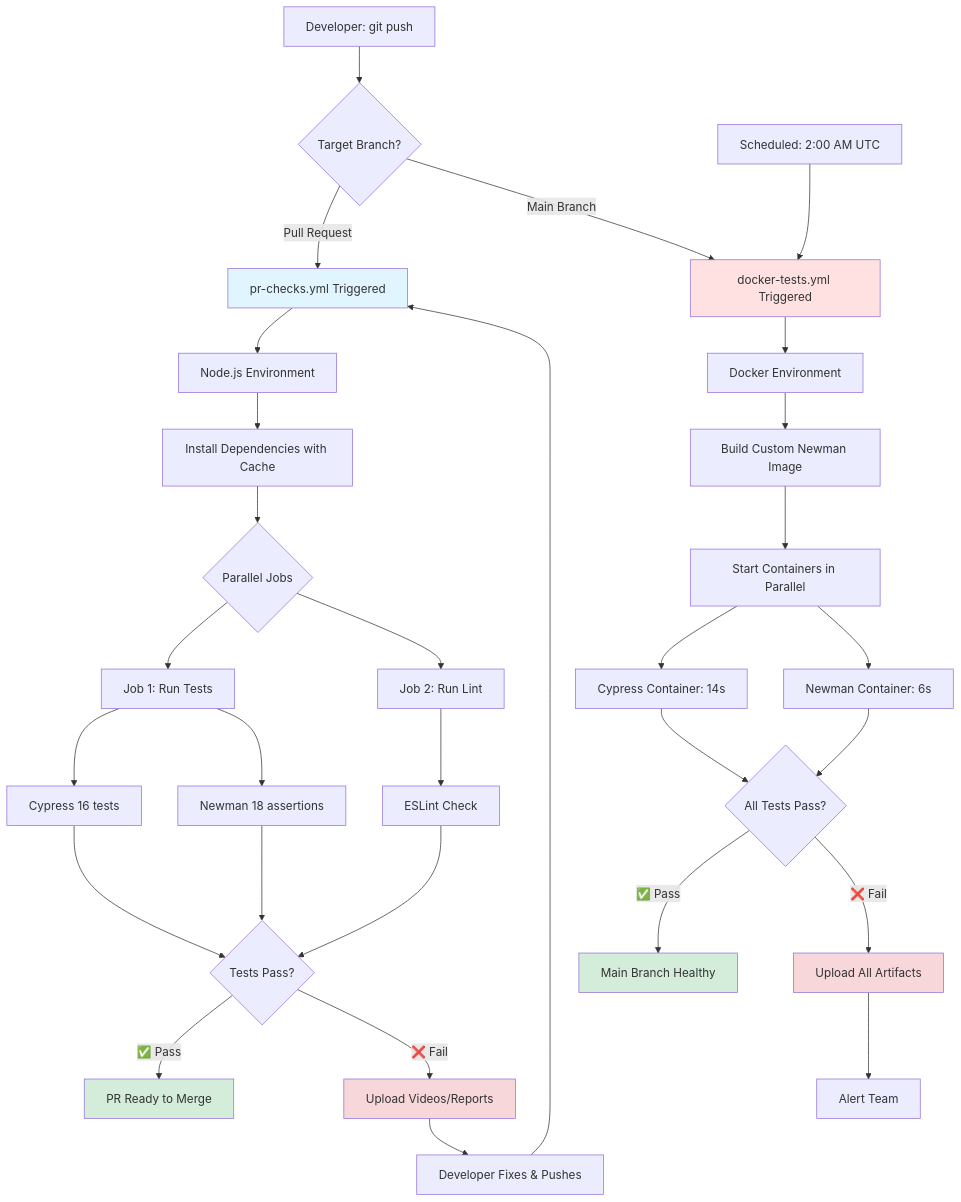
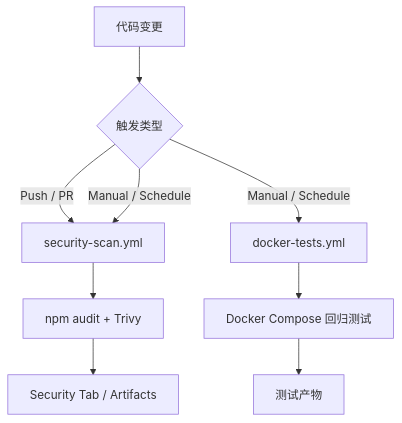
The diagram in cicd-demo/docs/guides/CI-CD-GUIDE.md (zhoujuxi2028/michael-zhou-qa-portfolio), drawn with Mermaid before and after one commit. The commit also changed other lines of this file and 27 other files, not shown here.

````diff
--- a/cicd-demo/docs/guides/CI-CD-GUIDE.md
+++ b/cicd-demo/docs/guides/CI-CD-GUIDE.md
@@ -216,42 +24,11 @@
 ```mermaid
 graph TD
-    A[Developer: git push] --> B{Target Branch?}
-
-    B -->|Pull Request| C[pr-checks.yml Triggered]
-    C --> D[Node.js Environment]
-    D --> E[Install Dependencies with Cache]
-    E --> F{Parallel Jobs}
-    F --> G[Job 1: Run Tests]
-    F --> H[Job 2: Run Lint]
-    G --> I[Cypress 16 tests]
-    G --> J[Newman 18 assertions]
-    H --> K[ESLint Check]
-    I --> L{Tests Pass?}
-    J --> L
-    K --> L
-    L -->|✅ Pass| M[PR Ready to Merge]
-    L -->|❌ Fail| N[Upload Videos/Reports]
-    N --> O[Developer Fixes & Pushes]
-    O --> C
-
-    B -->|Main Branch| P[docker-tests.yml Triggered]
-    P --> Q[Docker Environment]
-    Q --> R[Build Custom Newman Image]
-    R --> S[Start Containers in Parallel]
-    S --> T[Cypress Container: 14s]
-    S --> U[Newman Container: 6s]
-    T --> V{All Tests Pass?}
-    U --> V
-    V -->|✅ Pass| W[Main Branch Healthy]
-    V -->|❌ Fail| X[Upload All Artifacts]
-    X --> Y[Alert Team]
-
-    Z[Scheduled: 2:00 AM UTC] --> P
-
-    style C fill:#e1f5ff
-    style P fill:#ffe1e1
-    style M fill:#d4edda
-    style W fill:#d4edda
-    style N fill:#f8d7da
-    style X fill:#f8d7da
+    A[代码变更] --> B{触发类型}
+    B -->|Push / PR| C[security-scan.yml]
+    B -->|Manual / Schedule| D[docker-tests.yml]
+    B -->|Manual / Schedule| C
+    C --> E[npm audit + Trivy]
+    D --> F[Docker Compose 回归测试]
+    E --> G[Security Tab / Artifacts]
+    F --> H[测试产物]
 ```
````
